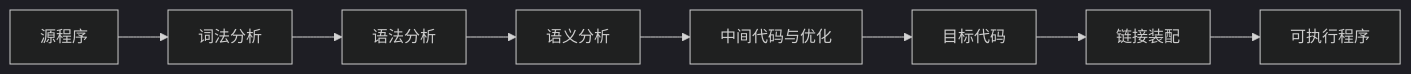
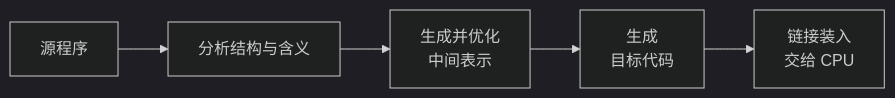
Before and after one commit to 74262195/system-architect-notes: the first of 3 diagrams in 01_综合知识/01_计算机系统基础知识/04_计算机软件与语言/计算机语言-编译与解释.md, drawn with Mermaid (dark theme). The commit also changed other lines of this file, not shown here.

````diff
--- a/01_综合知识/01_计算机系统基础知识/04_计算机软件与语言/计算机语言-编译与解释.md
+++ b/01_综合知识/01_计算机系统基础知识/04_计算机软件与语言/计算机语言-编译与解释.md
@@ -64,10 +64,7 @@
 ```mermaid
 flowchart LR
-    A[源程序] --> B[词法分析]
-    B --> C[语法分析]
-    C --> D[语义分析]
-    D --> E[中间代码与优化]
-    E --> F[目标代码]
-    F --> G[链接装配]
-    G --> H[可执行程序]
+    A[源程序] --> B[分析结构与含义]
+    B --> C[生成并优化<br/>中间表示]
+    C --> D[生成<br/>目标代码]
+    D --> E[链接装入<br/>交给 CPU]
 ```
````
